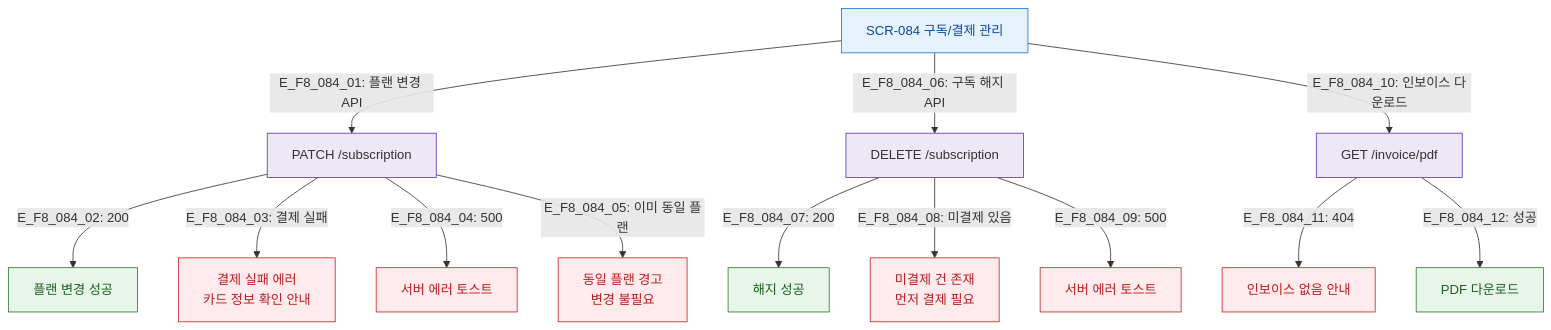
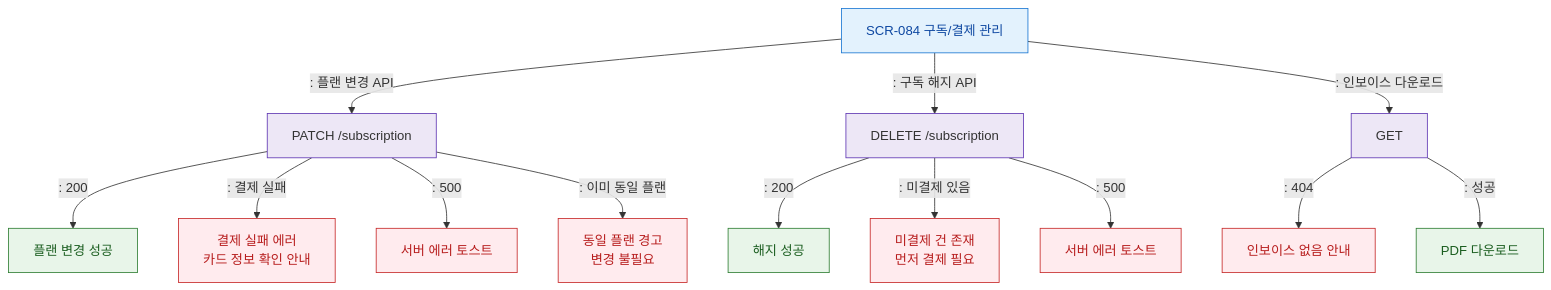
Before and after one commit to dev-spogym/admin-pando: the diagram in docs/다이어그램/D09_설정관리/SCR-084_구독결제관리/F8_에러예외복구.md, drawn with Mermaid. The commit also changed other lines of this file and 1660 other files, not shown here.

First line of the commit message:
다이어그램: 기획자/클라이언트 납품본으로 정리

````diff
--- a/docs/다이어그램/D09_설정관리/SCR-084_구독결제관리/F8_에러예외복구.md
+++ b/docs/다이어그램/D09_설정관리/SCR-084_구독결제관리/F8_에러예외복구.md
@@ -14,28 +12,28 @@
 ```mermaid
 flowchart TD
     SCR084[SCR-084 구독/결제 관리]
 
-    SCR084 -->|"E_F8_084_01: 플랜 변경 API"| ChangeReq[PATCH /subscription]
-    ChangeReq -->|"E_F8_084_02: 200"| ChangeOK[플랜 변경 성공]
-    ChangeReq -->|"E_F8_084_03: 결제 실패"| E_PayFail[결제 실패 에러\n카드 정보 확인 안내]
-    ChangeReq -->|"E_F8_084_04: 500"| E_Server[서버 에러 토스트]
-    ChangeReq -->|"E_F8_084_05: 이미 동일 플랜"| E_SamePlan[동일 플랜 경고\n변경 불필요]
+    SCR084 -->|": 플랜 변경 API"|ChangeReq[PATCH /subscription]
+    ChangeReq -->|": 200"|ChangeOK[플랜 변경 성공]
+    ChangeReq -->|": 결제 실패"|E_PayFail[결제 실패 에러\n카드 정보 확인 안내]
+    ChangeReq -->|": 500"|E_Server[서버 에러 토스트]
+    ChangeReq -->|": 이미 동일 플랜"|E_SamePlan[동일 플랜 경고\n변경 불필요]
 
-    SCR084 -->|"E_F8_084_06: 구독 해지 API"| CancelReq[DELETE /subscription]
-    CancelReq -->|"E_F8_084_07: 200"| CancelOK[해지 성공]
-    CancelReq -->|"E_F8_084_08: 미결제 있음"| E_Unpaid[미결제 건 존재\n먼저 결제 필요]
-    CancelReq -->|"E_F8_084_09: 500"| E_Server2[서버 에러 토스트]
+    SCR084 -->|": 구독 해지 API"|CancelReq[DELETE /subscription]
+    CancelReq -->|": 200"|CancelOK[해지 성공]
+    CancelReq -->|": 미결제 있음"|E_Unpaid[미결제 건 존재\n먼저 결제 필요]
+    CancelReq -->|": 500"|E_Server2[서버 에러 토스트]
 
-    SCR084 -->|"E_F8_084_10: 인보이스 다운로드"| PDFReq[GET /invoice/pdf]
-    PDFReq -->|"E_F8_084_11: 404"| E_NoInvoice[인보이스 없음 안내]
-    PDFReq -->|"E_F8_084_12: 성공"| PDFDown[PDF 다운로드]
+    SCR084 -->|": 인보이스 다운로드"|PDFReq[GET]
+    PDFReq -->|": 404"|E_NoInvoice[인보이스 없음 안내]
+    PDFReq -->|": 성공"|PDFDown[PDF 다운로드]
 
     classDef screen fill:#E3F2FD,stroke:#1976D2,color:#0D47A1
     classDef error fill:#FFEBEE,stroke:#C62828,color:#B71C1C
     classDef success fill:#E8F5E9,stroke:#2E7D32,color:#1B5E20
     classDef system fill:#EDE7F6,stroke:#5E35B2
     class SCR084 screen
     class E_PayFail,E_Server,E_SamePlan,E_Unpaid,E_Server2,E_NoInvoice error
     class ChangeOK,CancelOK,PDFDown success
     class ChangeReq,CancelReq,PDFReq system
 ```
````
